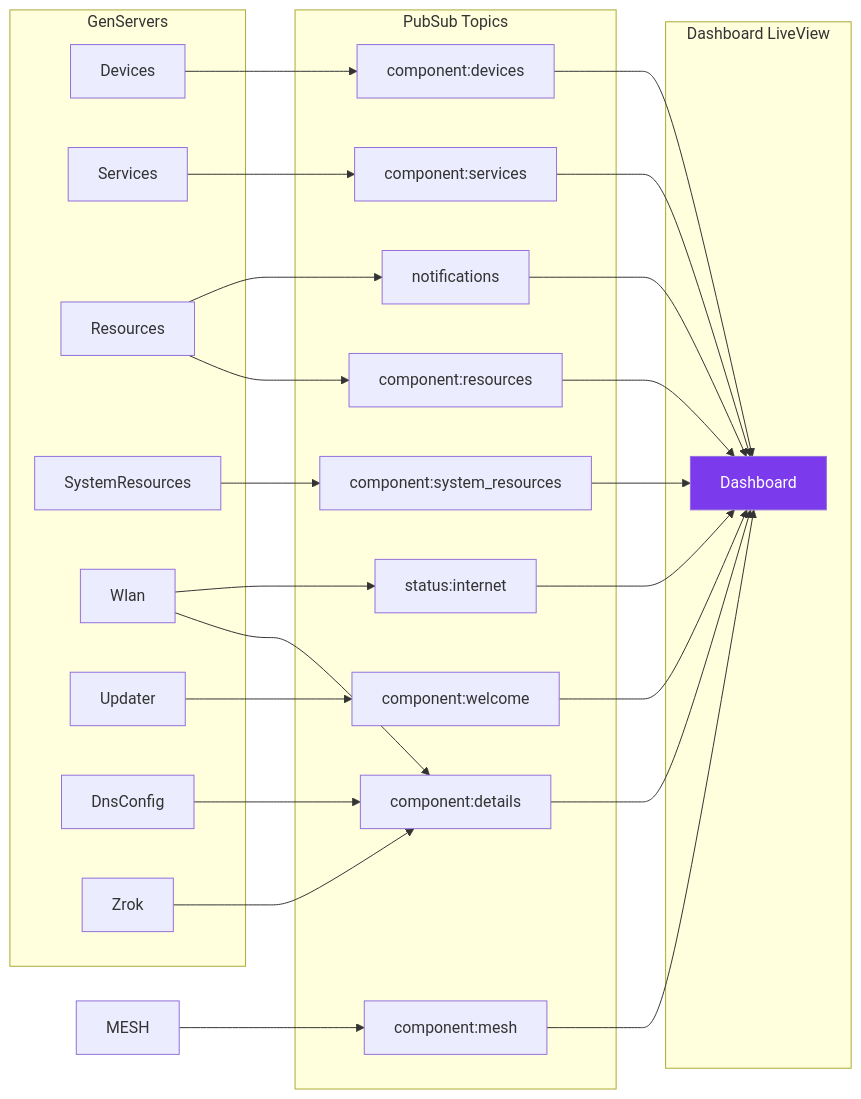
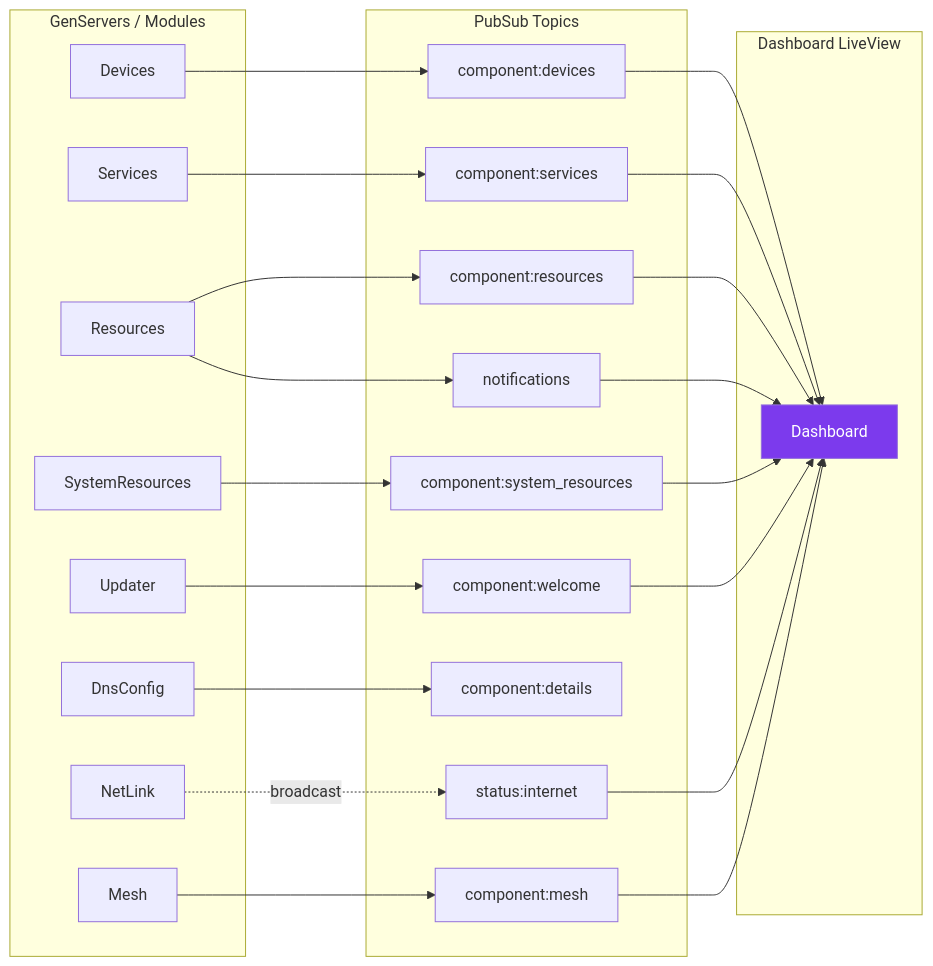
Before and after one commit to toreanjoel/tunneld: the second of 2 diagrams in docs/supervision-tree.md, drawn with Mermaid. The commit also changed other lines of this file and 42 other files, not shown here.

Commit message:
feat: remove zrok, wifi, sqm, mullvad, rebrand as ethernet-first edge relay, rename interface config to upstream/downstream, add netlink helper, consolidate installer, docs, landing

````diff
--- a/docs/supervision-tree.md
+++ b/docs/supervision-tree.md
@@ -70,43 +68,41 @@
 ```mermaid
 graph LR
-    subgraph GenServers
+    subgraph GenServers / Modules
         DEV[Devices]
         SVC[Services]
         RES[Resources]
         SR[SystemResources]
-        WLAN[Wlan]
         UPD[Updater]
         DNS_CFG[DnsConfig]
-        ZROK[Zrok]
+        NETLINK[NetLink]
+        MESH[Mesh]
     end
 
     subgraph PubSub Topics
         CD[component:devices]
         CS[component:services]
         CR[component:resources]
         CSR[component:system_resources]
         CDT[component:details]
         CW[component:welcome]
         SI[status:internet]
         NT[notifications]
         CM[component:mesh]
     end
 
     subgraph Dashboard LiveView
         DLV[Dashboard]
     end
 
     DEV --> CD --> DLV
     SVC --> CS --> DLV
     RES --> CR --> DLV
     SR --> CSR --> DLV
-    WLAN --> CDT --> DLV
-    WLAN --> SI --> DLV
     UPD --> CW --> DLV
     DNS_CFG --> CDT
-    ZROK --> CDT
+    NETLINK -.broadcast.-> SI --> DLV
     RES --> NT --> DLV
     MESH --> CM --> DLV
 
     style DLV fill:#7c3aed,color:#fff
 ```
````
